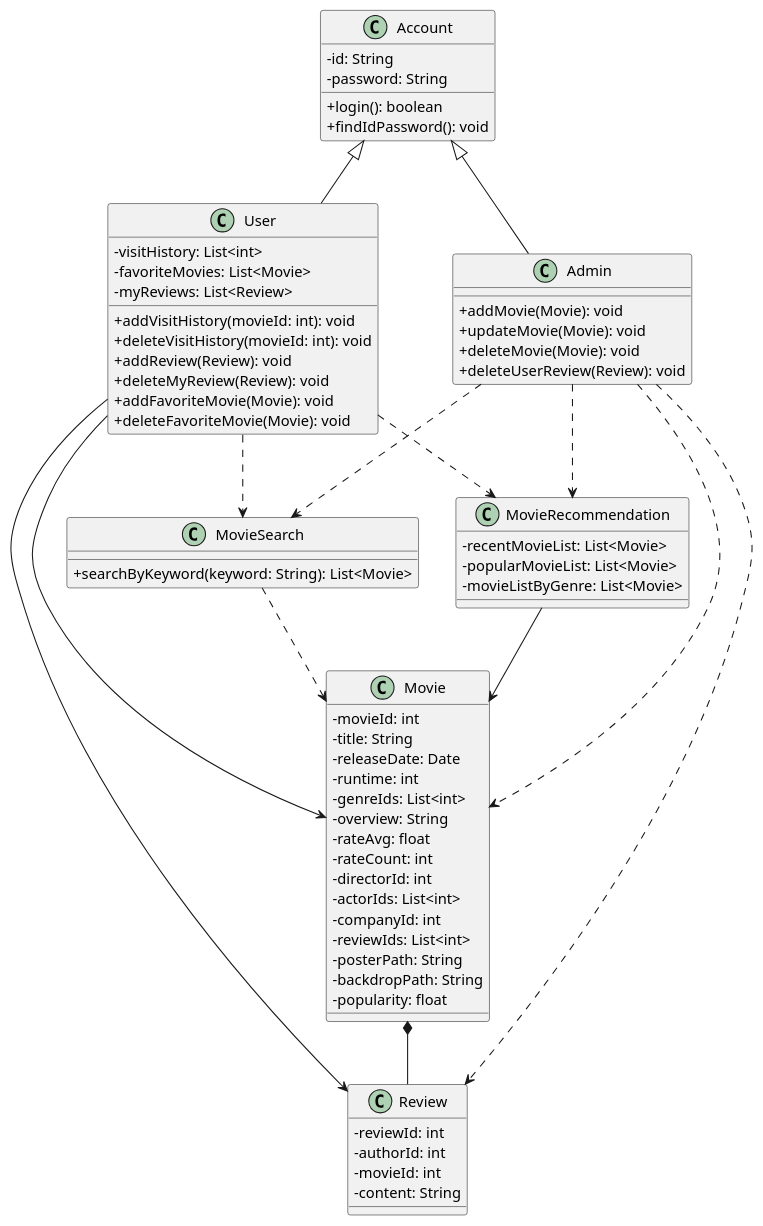
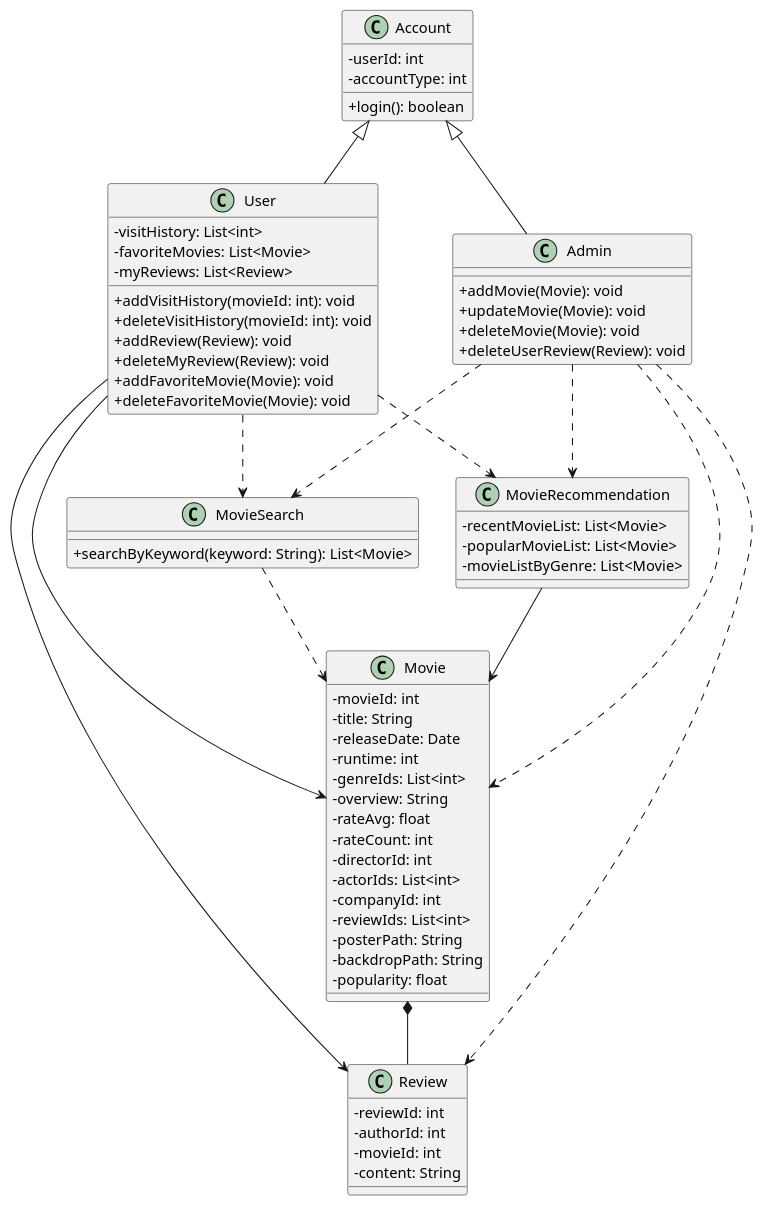
The diagram in src/class.puml (marmot8080/SWE), drawn with PlantUML before and after one commit.

Commit message:
Update class diagram

```diff
--- a/src/class.puml
+++ b/src/class.puml
@@ -1,87 +1,86 @@
 @startuml
 
 skinparam classAttributeIconSize 0
 
 class Account {
-    - id: String
-    - password: String
+    - userId: int
+    - accountType: int
 
     + login(): boolean
-    + findIdPassword(): void
 }
 
 class User {
     - visitHistory: List<int>
     - favoriteMovies: List<Movie>
     - myReviews: List<Review>
 
     + addVisitHistory(movieId: int): void
     + deleteVisitHistory(movieId: int): void
     + addReview(Review): void
     + deleteMyReview(Review): void
     + addFavoriteMovie(Movie): void
     + deleteFavoriteMovie(Movie): void
 }
 
 class Admin {
     + addMovie(Movie): void
     + updateMovie(Movie): void
     + deleteMovie(Movie): void
     + deleteUserReview(Review): void
 }
 
 class Review {
     - reviewId: int
     - authorId: int
     - movieId: int
     - content: String
 }
 
 class Movie {
     - movieId: int
     - title: String
     - releaseDate: Date
     - runtime: int
     - genreIds: List<int>
     - overview: String
     - rateAvg: float
     - rateCount: int
     - directorId: int
     - actorIds: List<int>
     - companyId: int
     - reviewIds: List<int>
     - posterPath: String
     - backdropPath: String
     - popularity: float
 }
 
 class MovieSearch {
     + searchByKeyword(keyword: String): List<Movie>
 }
 
 class MovieRecommendation {
     - recentMovieList: List<Movie>
     - popularMovieList: List<Movie>
     - movieListByGenre: List<Movie>
 }
 
 Account ^-- User
 Account ^-- Admin
 
 User --> Movie
 User --> Review
 User ..> MovieRecommendation
 User ..> MovieSearch
 
 Admin ..> Movie
 Admin ..> Review
 Admin ..> MovieRecommendation
 Admin ..> MovieSearch
 
 Movie *-- Review
 
 MovieSearch ..> Movie
 
 MovieRecommendation --> Movie
 
 @enduml
```
